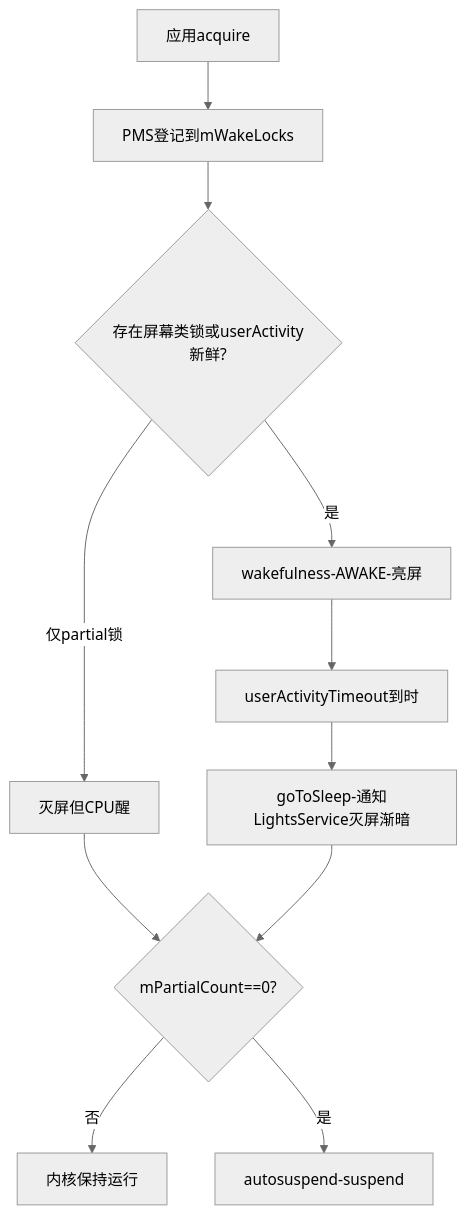
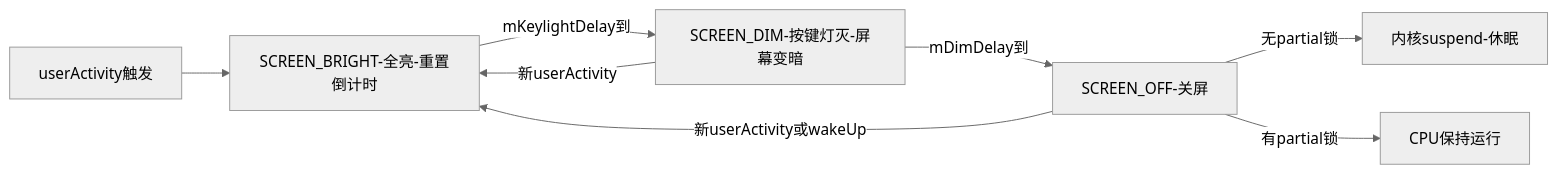
The third of 5 diagrams in Android/深入理解Android卷II/04-深入理解PowerManagerService.md (coswit/coswit.github.io), drawn with Mermaid (neutral theme) before and after one commit. The commit also changed other lines of this file and 7 other files, not shown here.

````diff
--- a/Android/深入理解Android卷II/04-深入理解PowerManagerService.md
+++ b/Android/深入理解Android卷II/04-深入理解PowerManagerService.md
@@ -62,13 +690,10 @@
 ```mermaid
-graph TD
-    A[应用acquire] --> B[PMS登记到mWakeLocks]
-    B --> C{存在屏幕类锁或userActivity新鲜?}
-    C -->|是| D[wakefulness-AWAKE-亮屏]
-    C -->|仅partial锁| E[灭屏但CPU醒]
-    E --> F{mPartialCount==0?}
-    F -->|否| G[内核保持运行]
-    F -->|是| H[autosuspend-suspend]
-    D --> I[userActivityTimeout到时]
-    I --> J[goToSleep-通知LightsService灭屏渐暗]
-    J --> F
+graph LR
+    A[userActivity触发] --> B[SCREEN_BRIGHT-全亮-重置倒计时]
+    B -->|mKeylightDelay到| C[SCREEN_DIM-按键灯灭-屏幕变暗]
+    C -->|mDimDelay到| D[SCREEN_OFF-关屏]
+    D -->|无partial锁| E[内核suspend-休眠]
+    D -->|有partial锁| F[CPU保持运行]
+    C -->|新userActivity| B
+    D -->|新userActivity或wakeUp| B
 ```
````
